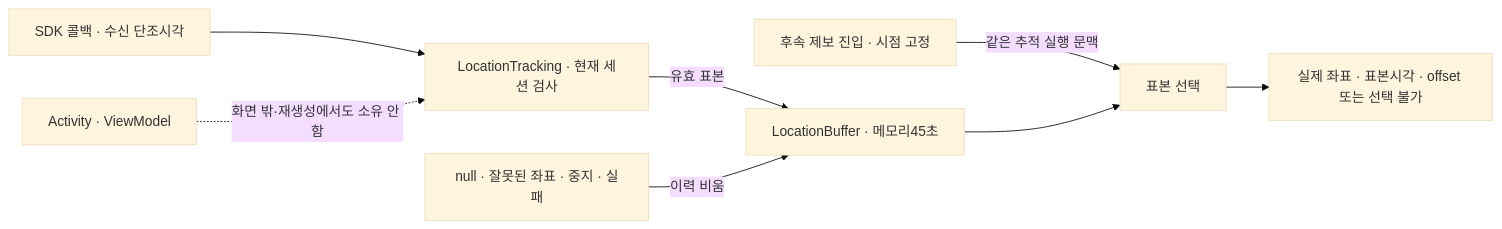
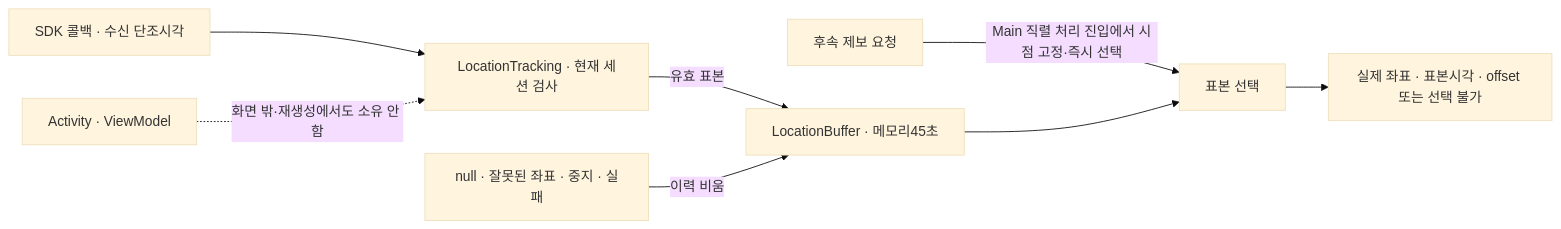
The diagram in docs/specs/road-notes/02-location-buffer.md (jin-kim-240204/hyundai-and-gretel), drawn with Mermaid (base theme) before and after one commit. The commit also changed other lines of this file and 12 other files, not shown here.

````diff
--- a/docs/specs/road-notes/02-location-buffer.md
+++ b/docs/specs/road-notes/02-location-buffer.md
@@ -35,10 +35,10 @@
 ```mermaid
 flowchart LR
     SDK[SDK 콜백 · 수신 단조시각] --> Tracking[LocationTracking · 현재 세션 검사]
     Tracking -->|유효 표본| Buffer[LocationBuffer · 메모리45초]
     Invalid[null · 잘못된 좌표 · 중지 · 실패] -->|이력 비움| Buffer
     View[Activity · ViewModel] -. 화면 밖·재생성에서도 소유 안 함 .-> Tracking
-    Request[후속 제보 진입 · 시점 고정] -->|같은 추적 실행 문맥| Select[표본 선택]
+    Request[후속 제보 요청] -->|Main 직렬 처리 진입에서 시점 고정·즉시 선택| Select[표본 선택]
     Buffer --> Select
     Select --> Result[실제 좌표 · 표본시각 · offset 또는 선택 불가]
 ```
````
